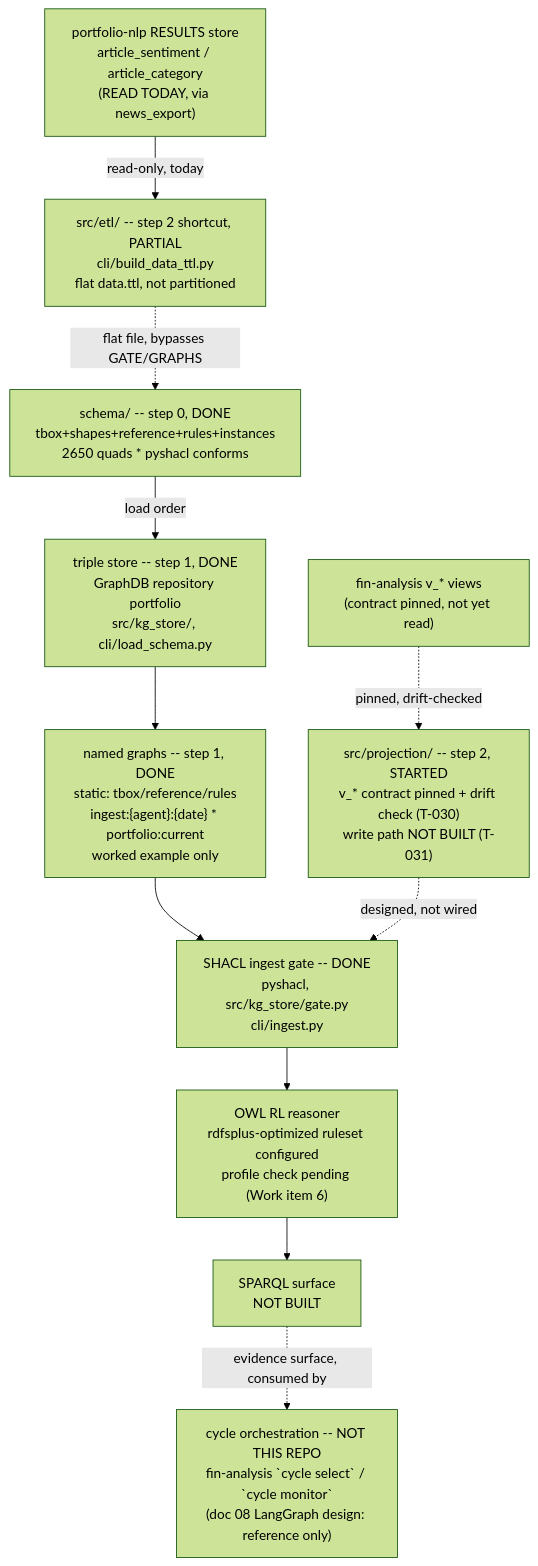
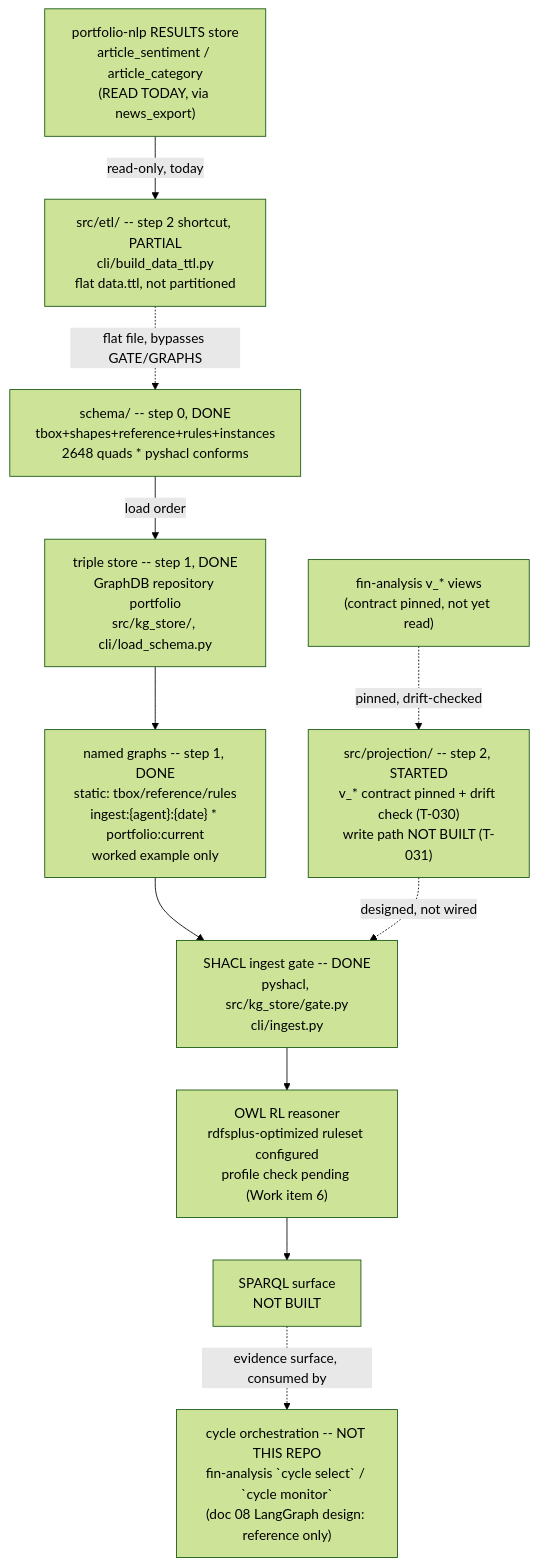
The diagram in .specify/memory/SPEC.md (gamug/portfolio-knowledge-graph), drawn with Mermaid (forest theme) before and after one commit. The commit also changed other lines of this file and 8 other files, not shown here.

````diff
--- a/.specify/memory/SPEC.md
+++ b/.specify/memory/SPEC.md
@@ -718,22 +718,22 @@
 ```mermaid
 flowchart TB
-    SCHEMA["schema/ -- step 0, DONE<br/>tbox+shapes+reference+rules+instances<br/>2650 quads * pyshacl conforms"]
+    SCHEMA["schema/ -- step 0, DONE<br/>tbox+shapes+reference+rules+instances<br/>2648 quads * pyshacl conforms"]
     STORE["triple store -- step 1, DONE<br/>GraphDB repository portfolio<br/>src/kg_store/, cli/load_schema.py"]
     GRAPHS["named graphs -- step 1, DONE<br/>static: tbox/reference/rules<br/>ingest:{agent}:{date} * portfolio:current<br/>worked example only"]
     GATE["SHACL ingest gate -- DONE<br/>pyshacl, src/kg_store/gate.py<br/>cli/ingest.py"]
     PROJ["src/projection/ -- step 2, STARTED<br/>v_* contract pinned + drift check (T-030)<br/>write path NOT BUILT (T-031)"]
     FIN["fin-analysis v_* views<br/>(contract pinned, not yet read)"]
     NLPRES["portfolio-nlp RESULTS store<br/>article_sentiment / article_category<br/>(READ TODAY, via news_export)"]
     ETL["src/etl/ -- step 2 shortcut, PARTIAL<br/>cli/build_data_ttl.py<br/>flat data.ttl, not partitioned"]
     REASON["OWL RL reasoner<br/>rdfsplus-optimized ruleset configured<br/>profile check pending (Work item 6)"]
     SPARQL["SPARQL surface<br/>NOT BUILT"]
     AGENTS["cycle orchestration -- NOT THIS REPO<br/>fin-analysis `cycle select` / `cycle monitor`<br/>(doc 08 LangGraph design: reference only)"]
 
     SCHEMA -->|load order| STORE --> GRAPHS --> GATE
     FIN -.->|pinned, drift-checked| PROJ
     PROJ -.->|designed, not wired| GATE
     NLPRES -->|read-only, today| ETL
     ETL -.->|flat file, bypasses GATE/GRAPHS| SCHEMA
     GATE --> REASON --> SPARQL
     SPARQL -.->|evidence surface, consumed by| AGENTS
 ```
````
